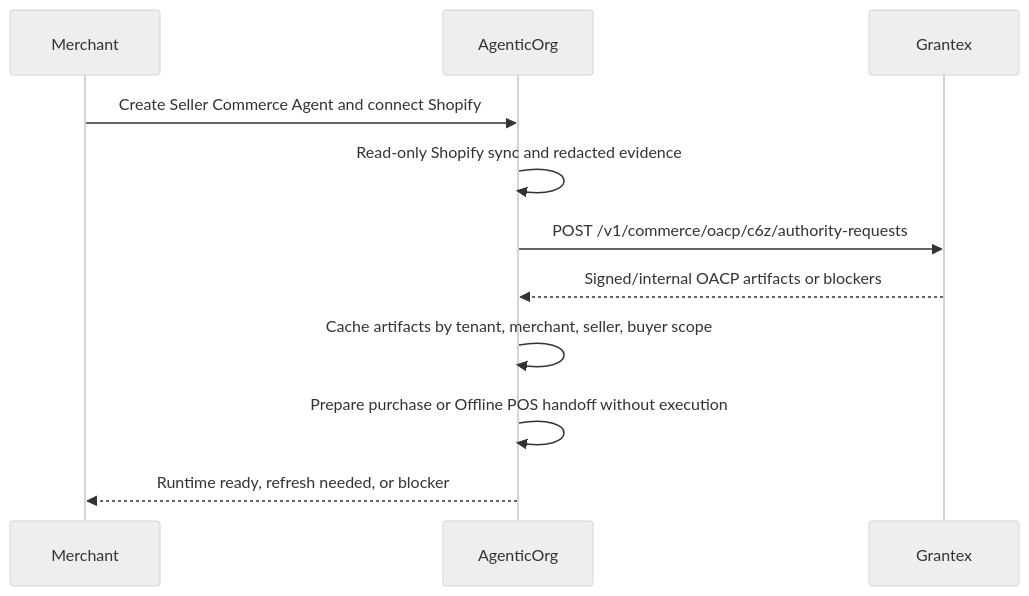
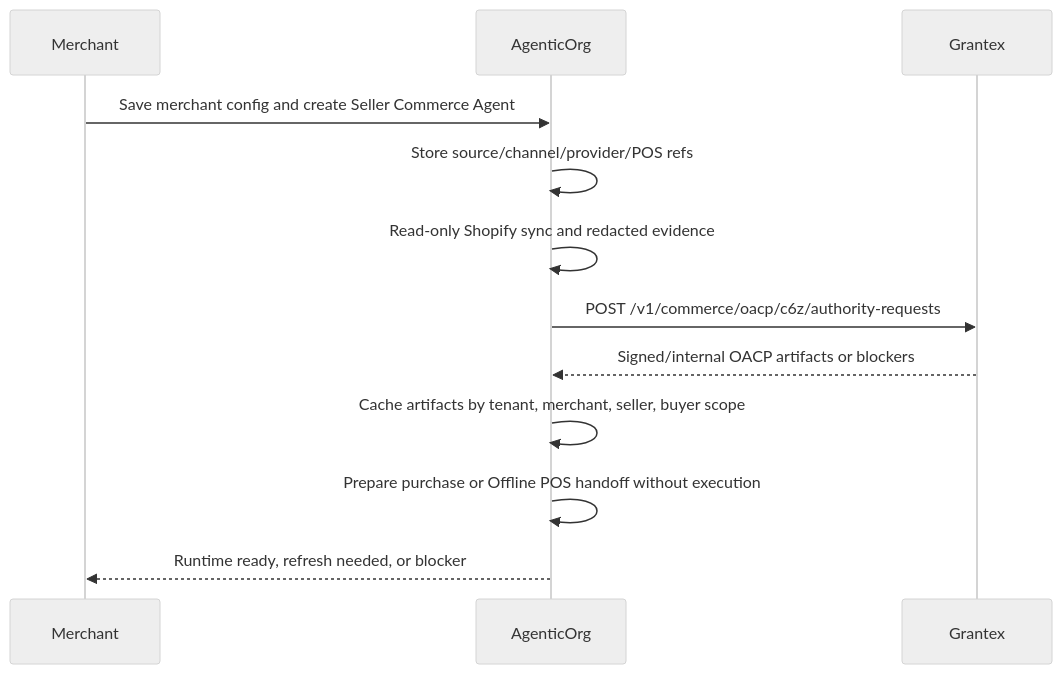
Before and after one commit to mishrasanjeev/grantex: the diagram in docs/guides/oacp/agenticorg-integration.mdx, drawn with Mermaid (neutral theme). The commit also changed other lines of this file and 14 other files, not shown here.

````diff
--- a/docs/guides/oacp/agenticorg-integration.mdx
+++ b/docs/guides/oacp/agenticorg-integration.mdx
@@ -14,13 +14,14 @@
 ```mermaid
 sequenceDiagram
   participant M as Merchant
   participant A as AgenticOrg
   participant G as Grantex
-  M->>A: Create Seller Commerce Agent and connect Shopify
+  M->>A: Save merchant config and create Seller Commerce Agent
+  A->>A: Store source/channel/provider/POS refs
   A->>A: Read-only Shopify sync and redacted evidence
   A->>G: POST /v1/commerce/oacp/c6z/authority-requests
   G-->>A: Signed/internal OACP artifacts or blockers
   A->>A: Cache artifacts by tenant, merchant, seller, buyer scope
   A->>A: Prepare purchase or Offline POS handoff without execution
   A-->>M: Runtime ready, refresh needed, or blocker
 ```
````
